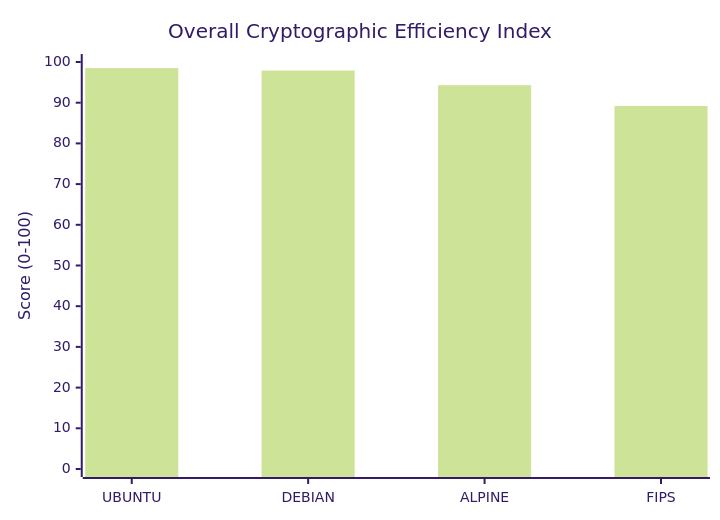
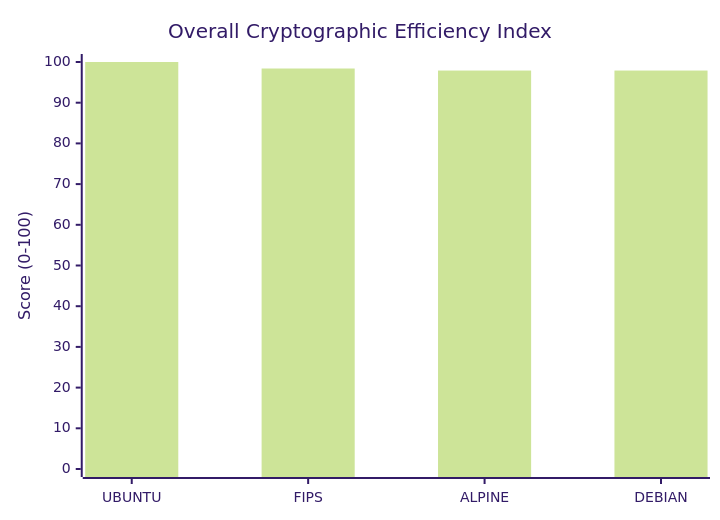
One commit to taha2samy/openssl_fips changed the ninth of 9 diagrams in docs/Comparison_Report.md. Above: the diagram before and after it, drawn with Mermaid (forest theme). The commit also changed other lines of this file and 2 other files, not shown here.

````diff
--- a/docs/Comparison_Report.md
+++ b/docs/Comparison_Report.md
@@ -226,7 +182,7 @@
 ```mermaid
 xychart-beta
     title "Overall Cryptographic Efficiency Index"
-    x-axis [UBUNTU, DEBIAN, ALPINE, FIPS]
+    x-axis [UBUNTU, FIPS, ALPINE, DEBIAN]
     y-axis "Score (0-100)" 0 --> 100
-    bar [98.5, 97.9, 94.3, 89.2]
+    bar [100.0, 98.4, 97.9, 97.9]
 ```
````
